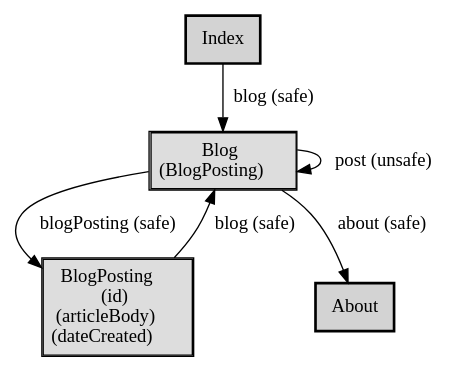
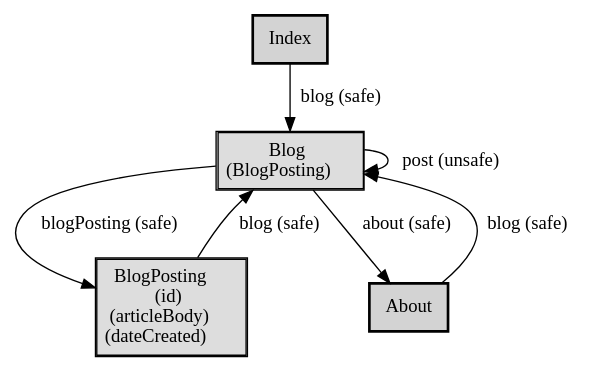
Before and after one commit to alps-asd/app-state-diagram: the diagram in demo/profile.example.dot, drawn with Graphviz. The commit also changed 8 other files, not shown here.

```diff
--- a/demo/profile.example.dot
+++ b/demo/profile.example.dot
@@ -1,16 +1,17 @@
 digraph application_state_diagram {
     node [shape = box, style = "bold,filled"];
 
     Blog [style=solid, margin=0.02, label=<<table cellspacing="0" cellpadding="5" cellborder="1" border="0"><tr><td bgcolor="#dddddd">Blog<br />(BlogPosting)<br /></td></tr></table>>,shape=box URL="docs/semantic.Blog.html"]
     BlogPosting [style=solid, margin=0.02, label=<<table cellspacing="0" cellpadding="5" cellborder="1" border="0"><tr><td bgcolor="#dddddd">BlogPosting<br />(id)<br />(articleBody)<br />(dateCreated)<br /></td></tr></table>>,shape=box URL="docs/semantic.BlogPosting.html"]
 
     Index->Blog [label = "blog (safe)" URL="docs/safe.blog.html"];
+    About->Blog [label = "blog (safe)" URL="docs/safe.blog.html"];
     Blog->BlogPosting [label = "blogPosting (safe)" URL="docs/safe.blogPosting.html"];
     Blog->Blog [label = "post (unsafe)" URL="docs/unsafe.post.html"];
     Blog->About [label = "about (safe)" URL="docs/safe.about.html"];
     BlogPosting->Blog [label = "blog (safe)" URL="docs/safe.blog.html"];
 
     Index [URL="docs/semantic.Index.html"]
     About [URL="docs/semantic.About.html"]
 
 }
```
